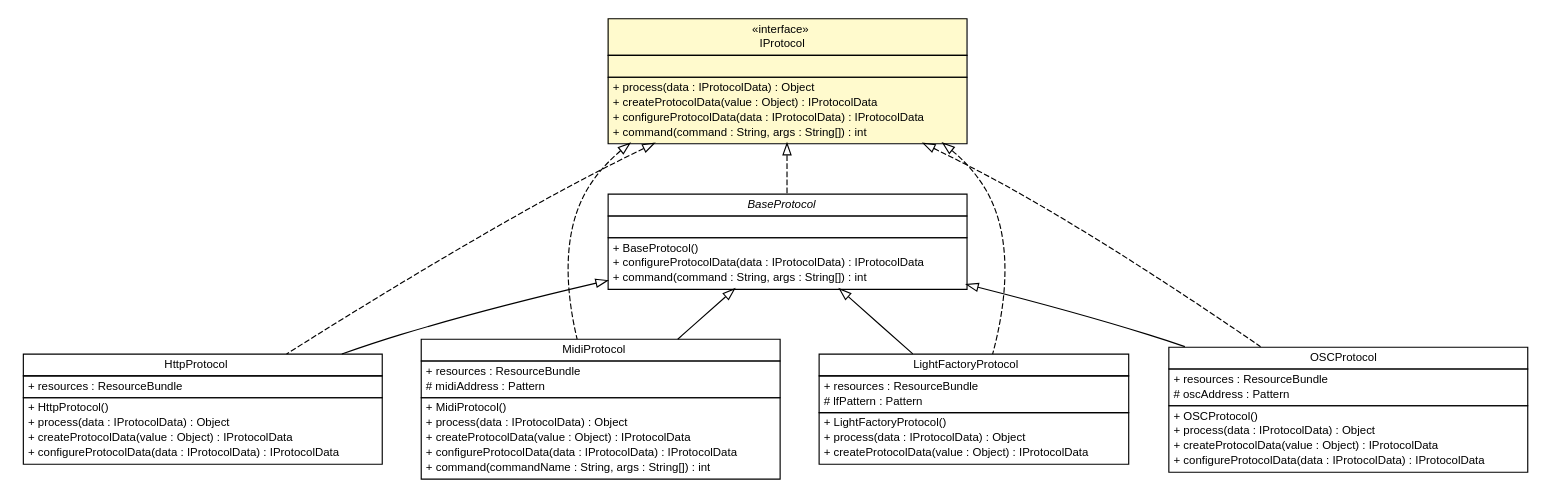
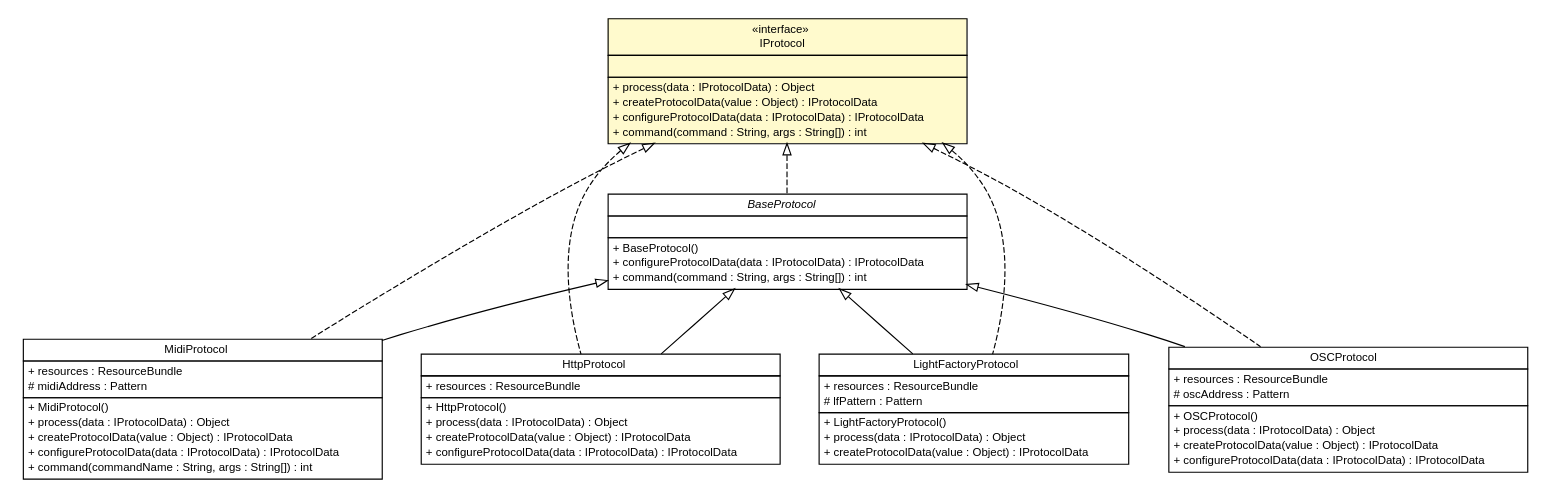
One commit to pcross616/lf-osc-proxy changed the diagram in apidocs/com/xley/lfosc/IProtocol.dot. Above: the diagram before and after it, drawn with Graphviz. The commit also changed 352 other files, not shown here.

```diff
--- a/apidocs/com/xley/lfosc/IProtocol.dot
+++ b/apidocs/com/xley/lfosc/IProtocol.dot
@@ -1,123 +1,123 @@
 #!/usr/local/bin/dot
 #
 # Class diagram 
 # Generated by UMLGraph version R5_6 (http://www.umlgraph.org/)
 #
 
 digraph G {
 	edge [fontname="Helvetica",fontsize=10,labelfontname="Helvetica",labelfontsize=10];
 	node [fontname="Helvetica",fontsize=10,shape=plaintext];
 	nodesep=0.25;
 	ranksep=0.5;
 	// com.xley.lfosc.IProtocol
 	c1177 [label=<<table title="com.xley.lfosc.IProtocol" border="0" cellborder="1" cellspacing="0" cellpadding="2" port="p" bgcolor="lemonChiffon" href="./IProtocol.html">
 		<tr><td><table border="0" cellspacing="0" cellpadding="1">
 <tr><td align="center" balign="center"> &#171;interface&#187; </td></tr>
 <tr><td align="center" balign="center"> IProtocol </td></tr>
 		</table></td></tr>
 		<tr><td><table border="0" cellspacing="0" cellpadding="1">
 <tr><td align="left" balign="left">  </td></tr>
 		</table></td></tr>
 		<tr><td><table border="0" cellspacing="0" cellpadding="1">
 <tr><td align="left" balign="left"> + process(data : IProtocolData) : Object </td></tr>
 <tr><td align="left" balign="left"> + createProtocolData(value : Object) : IProtocolData </td></tr>
 <tr><td align="left" balign="left"> + configureProtocolData(data : IProtocolData) : IProtocolData </td></tr>
 <tr><td align="left" balign="left"> + command(command : String, args : String[]) : int </td></tr>
 		</table></td></tr>
 		</table>>, URL="./IProtocol.html", fontname="Helvetica", fontcolor="black", fontsize=10.0];
-	// com.xley.lfosc.http.HttpProtocol
-	c1182 [label=<<table title="com.xley.lfosc.http.HttpProtocol" border="0" cellborder="1" cellspacing="0" cellpadding="2" port="p" href="./http/HttpProtocol.html">
-		<tr><td><table border="0" cellspacing="0" cellpadding="1">
-<tr><td align="center" balign="center"> HttpProtocol </td></tr>
-		</table></td></tr>
-		<tr><td><table border="0" cellspacing="0" cellpadding="1">
-<tr><td align="left" balign="left"> + resources : ResourceBundle </td></tr>
-		</table></td></tr>
-		<tr><td><table border="0" cellspacing="0" cellpadding="1">
-<tr><td align="left" balign="left"> + HttpProtocol() </td></tr>
-<tr><td align="left" balign="left"> + process(data : IProtocolData) : Object </td></tr>
-<tr><td align="left" balign="left"> + createProtocolData(value : Object) : IProtocolData </td></tr>
-<tr><td align="left" balign="left"> + configureProtocolData(data : IProtocolData) : IProtocolData </td></tr>
-		</table></td></tr>
-		</table>>, URL="./http/HttpProtocol.html", fontname="Helvetica", fontcolor="black", fontsize=10.0];
-	// com.xley.lfosc.impl.BaseProtocol
-	c1193 [label=<<table title="com.xley.lfosc.impl.BaseProtocol" border="0" cellborder="1" cellspacing="0" cellpadding="2" port="p" href="./impl/BaseProtocol.html">
-		<tr><td><table border="0" cellspacing="0" cellpadding="1">
-<tr><td align="center" balign="center"><font face="Helvetica-Oblique"> BaseProtocol </font></td></tr>
-		</table></td></tr>
-		<tr><td><table border="0" cellspacing="0" cellpadding="1">
-<tr><td align="left" balign="left">  </td></tr>
-		</table></td></tr>
-		<tr><td><table border="0" cellspacing="0" cellpadding="1">
-<tr><td align="left" balign="left"> + BaseProtocol() </td></tr>
-<tr><td align="left" balign="left"> + configureProtocolData(data : IProtocolData) : IProtocolData </td></tr>
-<tr><td align="left" balign="left"> + command(command : String, args : String[]) : int </td></tr>
-		</table></td></tr>
-		</table>>, URL="./impl/BaseProtocol.html", fontname="Helvetica", fontcolor="black", fontsize=10.0];
 	// com.xley.lfosc.midi.MidiProtocol
-	c1200 [label=<<table title="com.xley.lfosc.midi.MidiProtocol" border="0" cellborder="1" cellspacing="0" cellpadding="2" port="p" href="./midi/MidiProtocol.html">
+	c1183 [label=<<table title="com.xley.lfosc.midi.MidiProtocol" border="0" cellborder="1" cellspacing="0" cellpadding="2" port="p" href="./midi/MidiProtocol.html">
 		<tr><td><table border="0" cellspacing="0" cellpadding="1">
 <tr><td align="center" balign="center"> MidiProtocol </td></tr>
 		</table></td></tr>
 		<tr><td><table border="0" cellspacing="0" cellpadding="1">
 <tr><td align="left" balign="left"> + resources : ResourceBundle </td></tr>
 <tr><td align="left" balign="left"> # midiAddress : Pattern </td></tr>
 		</table></td></tr>
 		<tr><td><table border="0" cellspacing="0" cellpadding="1">
 <tr><td align="left" balign="left"> + MidiProtocol() </td></tr>
 <tr><td align="left" balign="left"> + process(data : IProtocolData) : Object </td></tr>
 <tr><td align="left" balign="left"> + createProtocolData(value : Object) : IProtocolData </td></tr>
 <tr><td align="left" balign="left"> + configureProtocolData(data : IProtocolData) : IProtocolData </td></tr>
 <tr><td align="left" balign="left"> + command(commandName : String, args : String[]) : int </td></tr>
 		</table></td></tr>
 		</table>>, URL="./midi/MidiProtocol.html", fontname="Helvetica", fontcolor="black", fontsize=10.0];
+	// com.xley.lfosc.http.HttpProtocol
+	c1193 [label=<<table title="com.xley.lfosc.http.HttpProtocol" border="0" cellborder="1" cellspacing="0" cellpadding="2" port="p" href="./http/HttpProtocol.html">
+		<tr><td><table border="0" cellspacing="0" cellpadding="1">
+<tr><td align="center" balign="center"> HttpProtocol </td></tr>
+		</table></td></tr>
+		<tr><td><table border="0" cellspacing="0" cellpadding="1">
+<tr><td align="left" balign="left"> + resources : ResourceBundle </td></tr>
+		</table></td></tr>
+		<tr><td><table border="0" cellspacing="0" cellpadding="1">
+<tr><td align="left" balign="left"> + HttpProtocol() </td></tr>
+<tr><td align="left" balign="left"> + process(data : IProtocolData) : Object </td></tr>
+<tr><td align="left" balign="left"> + createProtocolData(value : Object) : IProtocolData </td></tr>
+<tr><td align="left" balign="left"> + configureProtocolData(data : IProtocolData) : IProtocolData </td></tr>
+		</table></td></tr>
+		</table>>, URL="./http/HttpProtocol.html", fontname="Helvetica", fontcolor="black", fontsize=10.0];
 	// com.xley.lfosc.lightfactory.LightFactoryProtocol
-	c1202 [label=<<table title="com.xley.lfosc.lightfactory.LightFactoryProtocol" border="0" cellborder="1" cellspacing="0" cellpadding="2" port="p" href="./lightfactory/LightFactoryProtocol.html">
+	c1201 [label=<<table title="com.xley.lfosc.lightfactory.LightFactoryProtocol" border="0" cellborder="1" cellspacing="0" cellpadding="2" port="p" href="./lightfactory/LightFactoryProtocol.html">
 		<tr><td><table border="0" cellspacing="0" cellpadding="1">
 <tr><td align="center" balign="center"> LightFactoryProtocol </td></tr>
 		</table></td></tr>
 		<tr><td><table border="0" cellspacing="0" cellpadding="1">
 <tr><td align="left" balign="left"> + resources : ResourceBundle </td></tr>
 <tr><td align="left" balign="left"> # lfPattern : Pattern </td></tr>
 		</table></td></tr>
 		<tr><td><table border="0" cellspacing="0" cellpadding="1">
 <tr><td align="left" balign="left"> + LightFactoryProtocol() </td></tr>
 <tr><td align="left" balign="left"> + process(data : IProtocolData) : Object </td></tr>
 <tr><td align="left" balign="left"> + createProtocolData(value : Object) : IProtocolData </td></tr>
 		</table></td></tr>
 		</table>>, URL="./lightfactory/LightFactoryProtocol.html", fontname="Helvetica", fontcolor="black", fontsize=10.0];
 	// com.xley.lfosc.osc.OSCProtocol
-	c1209 [label=<<table title="com.xley.lfosc.osc.OSCProtocol" border="0" cellborder="1" cellspacing="0" cellpadding="2" port="p" href="./osc/OSCProtocol.html">
+	c1205 [label=<<table title="com.xley.lfosc.osc.OSCProtocol" border="0" cellborder="1" cellspacing="0" cellpadding="2" port="p" href="./osc/OSCProtocol.html">
 		<tr><td><table border="0" cellspacing="0" cellpadding="1">
 <tr><td align="center" balign="center"> OSCProtocol </td></tr>
 		</table></td></tr>
 		<tr><td><table border="0" cellspacing="0" cellpadding="1">
 <tr><td align="left" balign="left"> + resources : ResourceBundle </td></tr>
 <tr><td align="left" balign="left"> # oscAddress : Pattern </td></tr>
 		</table></td></tr>
 		<tr><td><table border="0" cellspacing="0" cellpadding="1">
 <tr><td align="left" balign="left"> + OSCProtocol() </td></tr>
 <tr><td align="left" balign="left"> + process(data : IProtocolData) : Object </td></tr>
 <tr><td align="left" balign="left"> + createProtocolData(value : Object) : IProtocolData </td></tr>
 <tr><td align="left" balign="left"> + configureProtocolData(data : IProtocolData) : IProtocolData </td></tr>
 		</table></td></tr>
 		</table>>, URL="./osc/OSCProtocol.html", fontname="Helvetica", fontcolor="black", fontsize=10.0];
+	// com.xley.lfosc.impl.BaseProtocol
+	c1211 [label=<<table title="com.xley.lfosc.impl.BaseProtocol" border="0" cellborder="1" cellspacing="0" cellpadding="2" port="p" href="./impl/BaseProtocol.html">
+		<tr><td><table border="0" cellspacing="0" cellpadding="1">
+<tr><td align="center" balign="center"><font face="Helvetica-Oblique"> BaseProtocol </font></td></tr>
+		</table></td></tr>
+		<tr><td><table border="0" cellspacing="0" cellpadding="1">
+<tr><td align="left" balign="left">  </td></tr>
+		</table></td></tr>
+		<tr><td><table border="0" cellspacing="0" cellpadding="1">
+<tr><td align="left" balign="left"> + BaseProtocol() </td></tr>
+<tr><td align="left" balign="left"> + configureProtocolData(data : IProtocolData) : IProtocolData </td></tr>
+<tr><td align="left" balign="left"> + command(command : String, args : String[]) : int </td></tr>
+		</table></td></tr>
+		</table>>, URL="./impl/BaseProtocol.html", fontname="Helvetica", fontcolor="black", fontsize=10.0];
+	//com.xley.lfosc.midi.MidiProtocol extends com.xley.lfosc.impl.BaseProtocol
+	c1211:p -> c1183:p [dir=back,arrowtail=empty];
+	//com.xley.lfosc.midi.MidiProtocol implements com.xley.lfosc.IProtocol
+	c1177:p -> c1183:p [dir=back,arrowtail=empty,style=dashed];
 	//com.xley.lfosc.http.HttpProtocol extends com.xley.lfosc.impl.BaseProtocol
-	c1193:p -> c1182:p [dir=back,arrowtail=empty];
+	c1211:p -> c1193:p [dir=back,arrowtail=empty];
 	//com.xley.lfosc.http.HttpProtocol implements com.xley.lfosc.IProtocol
-	c1177:p -> c1182:p [dir=back,arrowtail=empty,style=dashed];
+	c1177:p -> c1193:p [dir=back,arrowtail=empty,style=dashed];
+	//com.xley.lfosc.lightfactory.LightFactoryProtocol extends com.xley.lfosc.impl.BaseProtocol
+	c1211:p -> c1201:p [dir=back,arrowtail=empty];
+	//com.xley.lfosc.lightfactory.LightFactoryProtocol implements com.xley.lfosc.IProtocol
+	c1177:p -> c1201:p [dir=back,arrowtail=empty,style=dashed];
+	//com.xley.lfosc.osc.OSCProtocol extends com.xley.lfosc.impl.BaseProtocol
+	c1211:p -> c1205:p [dir=back,arrowtail=empty];
+	//com.xley.lfosc.osc.OSCProtocol implements com.xley.lfosc.IProtocol
+	c1177:p -> c1205:p [dir=back,arrowtail=empty,style=dashed];
 	//com.xley.lfosc.impl.BaseProtocol implements com.xley.lfosc.IProtocol
-	c1177:p -> c1193:p [dir=back,arrowtail=empty,style=dashed];
-	//com.xley.lfosc.midi.MidiProtocol extends com.xley.lfosc.impl.BaseProtocol
-	c1193:p -> c1200:p [dir=back,arrowtail=empty];
-	//com.xley.lfosc.midi.MidiProtocol implements com.xley.lfosc.IProtocol
-	c1177:p -> c1200:p [dir=back,arrowtail=empty,style=dashed];
-	//com.xley.lfosc.lightfactory.LightFactoryProtocol extends com.xley.lfosc.impl.BaseProtocol
-	c1193:p -> c1202:p [dir=back,arrowtail=empty];
-	//com.xley.lfosc.lightfactory.LightFactoryProtocol implements com.xley.lfosc.IProtocol
-	c1177:p -> c1202:p [dir=back,arrowtail=empty,style=dashed];
-	//com.xley.lfosc.osc.OSCProtocol extends com.xley.lfosc.impl.BaseProtocol
-	c1193:p -> c1209:p [dir=back,arrowtail=empty];
-	//com.xley.lfosc.osc.OSCProtocol implements com.xley.lfosc.IProtocol
-	c1177:p -> c1209:p [dir=back,arrowtail=empty,style=dashed];
+	c1177:p -> c1211:p [dir=back,arrowtail=empty,style=dashed];
 }
```
